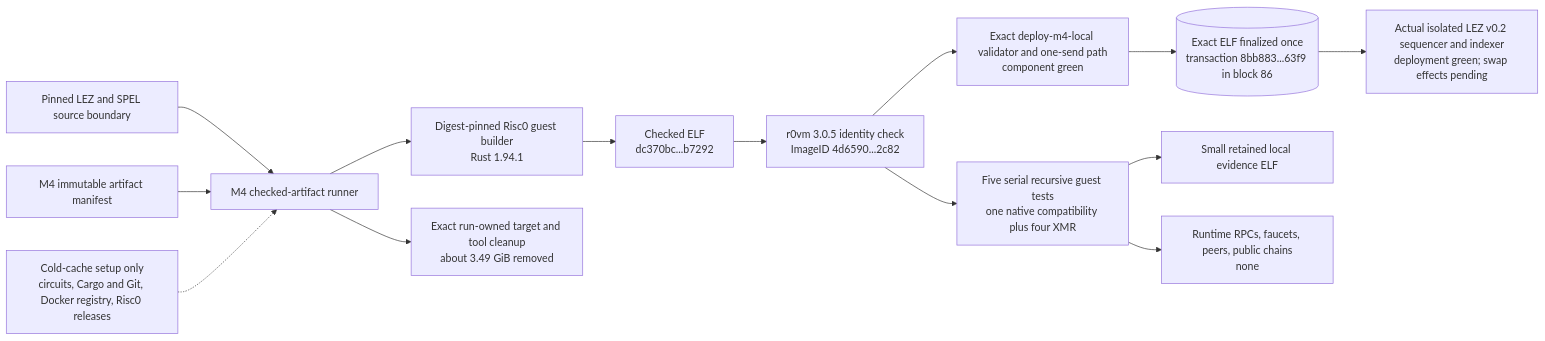
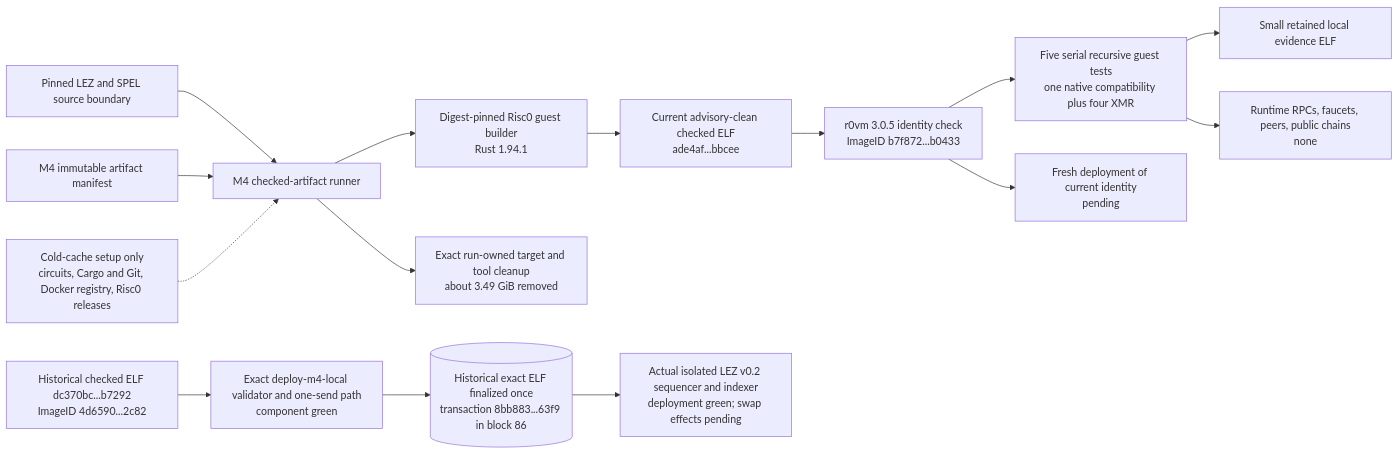
One commit to gateway-fm/lez-atomic-swaps changed the second of 20 diagrams in docs/architecture/deployment-components-and-rpcs.md. Above: the diagram before and after it, drawn with Mermaid. The commit also changed other lines of this file and 45 other files, not shown here.

````diff
--- a/docs/architecture/deployment-components-and-rpcs.md
+++ b/docs/architecture/deployment-components-and-rpcs.md
@@ -199,16 +200,17 @@
 ```mermaid
 flowchart LR
     Source["Pinned LEZ and SPEL source boundary"] --> Runner["M4 checked-artifact runner"]
     Manifest["M4 immutable artifact manifest"] --> Runner
     Cold["Cold-cache setup only<br/>circuits, Cargo and Git, Docker registry, Risc0 releases"] -.-> Runner
     Runner --> Builder["Digest-pinned Risc0 guest builder<br/>Rust 1.94.1"]
-    Builder --> Elf["Checked ELF<br/>dc370bc...b7292"]
-    Elf --> Identity["r0vm 3.0.5 identity check<br/>ImageID 4d6590...2c82"]
+    Builder --> Elf["Current advisory-clean checked ELF<br/>ade4af...bbcee"]
+    Elf --> Identity["r0vm 3.0.5 identity check<br/>ImageID b7f872...b0433"]
     Identity --> Recursive["Five serial recursive guest tests<br/>one native compatibility plus four XMR"]
-    Identity --> Deployer["Exact deploy-m4-local validator and one-send path<br/>component green"]
-    Deployer --> DeploymentEvidence[("Exact ELF finalized once<br/>transaction 8bb883...63f9 in block 86")]
+    Identity --> PendingDeployment["Fresh deployment of current identity<br/>pending"]
+    Historical["Historical checked ELF dc370bc...b7292<br/>ImageID 4d6590...2c82"] --> Deployer["Exact deploy-m4-local validator and one-send path<br/>component green"]
+    Deployer --> DeploymentEvidence[("Historical exact ELF finalized once<br/>transaction 8bb883...63f9 in block 86")]
     DeploymentEvidence --> LocalStack["Actual isolated LEZ v0.2 sequencer and indexer<br/>deployment green; swap effects pending"]
     Recursive --> Evidence["Small retained local evidence ELF"]
     Recursive --> RuntimeBoundary["Runtime RPCs, faucets, peers, public chains<br/>none"]
     Runner --> Cleanup["Exact run-owned target and tool cleanup<br/>about 3.49 GiB removed"]
 ```
````
